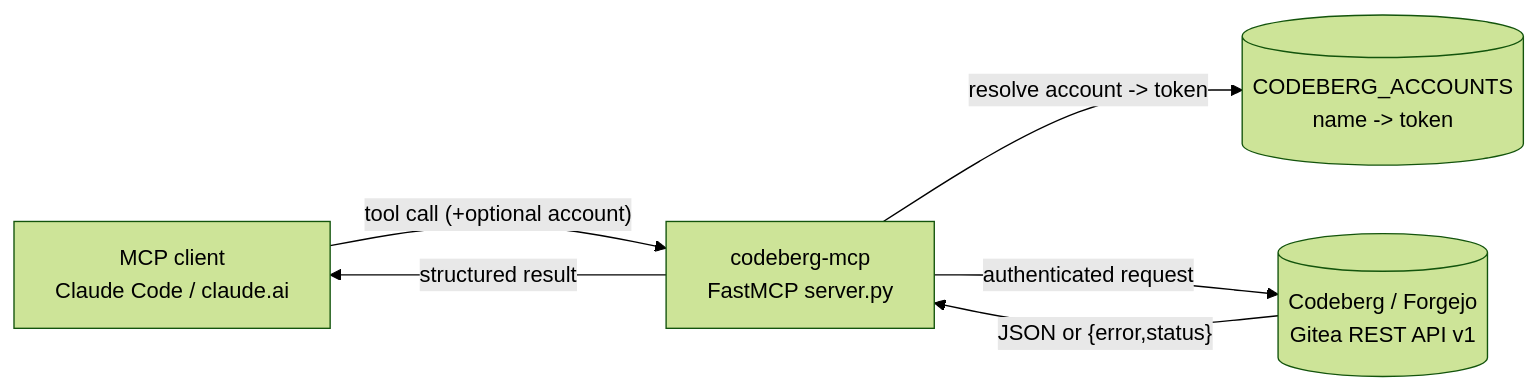
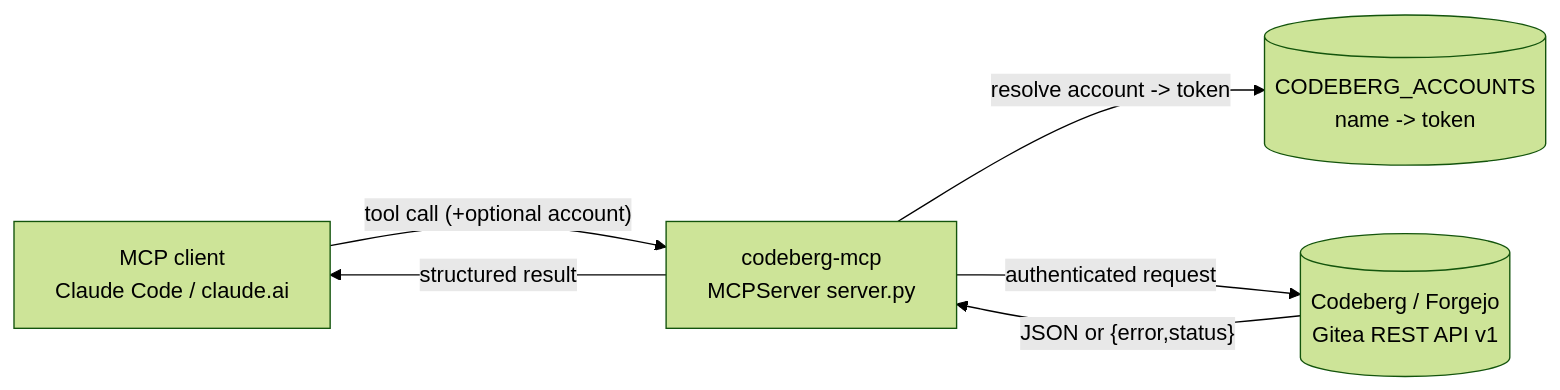
One commit to effecet/codeberg-mcp changed the diagram in README.md. Above: the diagram before and after it, drawn with Mermaid (forest theme). The commit also changed other lines of this file and 8 other files, not shown here.

````diff
--- a/README.md
+++ b/README.md
@@ -28,13 +28,13 @@
 ```mermaid
 flowchart LR
     Agent[MCP client<br/>Claude Code / claude.ai]
-    Server[codeberg-mcp<br/>FastMCP server.py]
+    Server[codeberg-mcp<br/>MCPServer server.py]
     Accounts[(CODEBERG_ACCOUNTS<br/>name -> token)]
     API[(Codeberg / Forgejo<br/>Gitea REST API v1)]
 
     Agent -- "tool call (+optional account)" --> Server
     Server -- "resolve account -> token" --> Accounts
     Server -- "authenticated request" --> API
     API -- "JSON or {error,status}" --> Server
     Server -- "structured result" --> Agent
 ```
````
